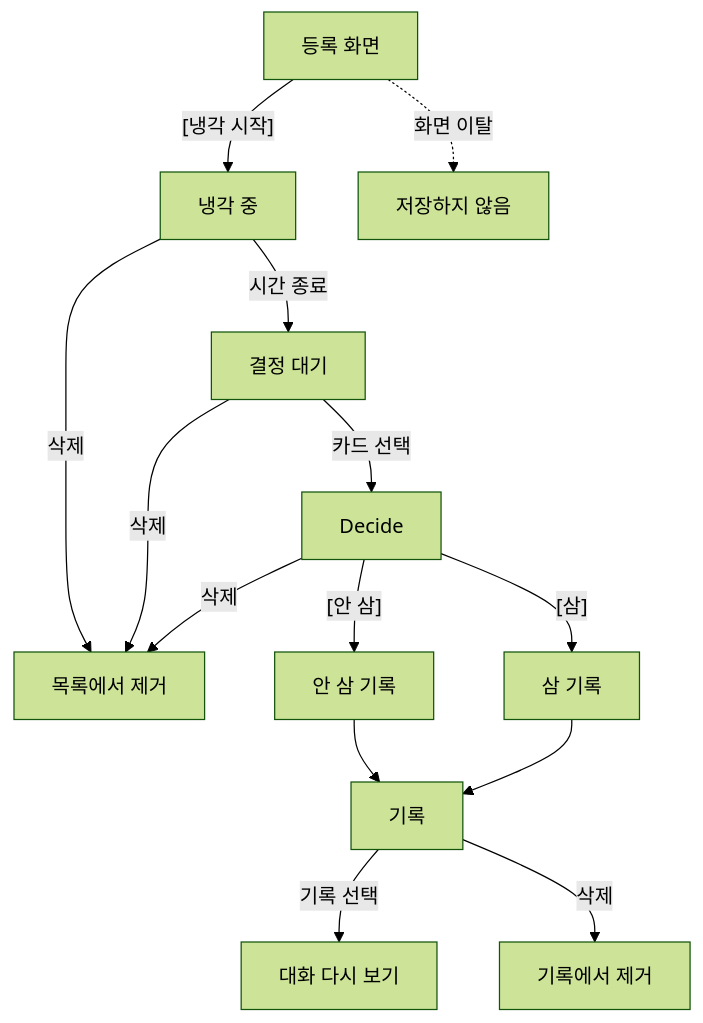
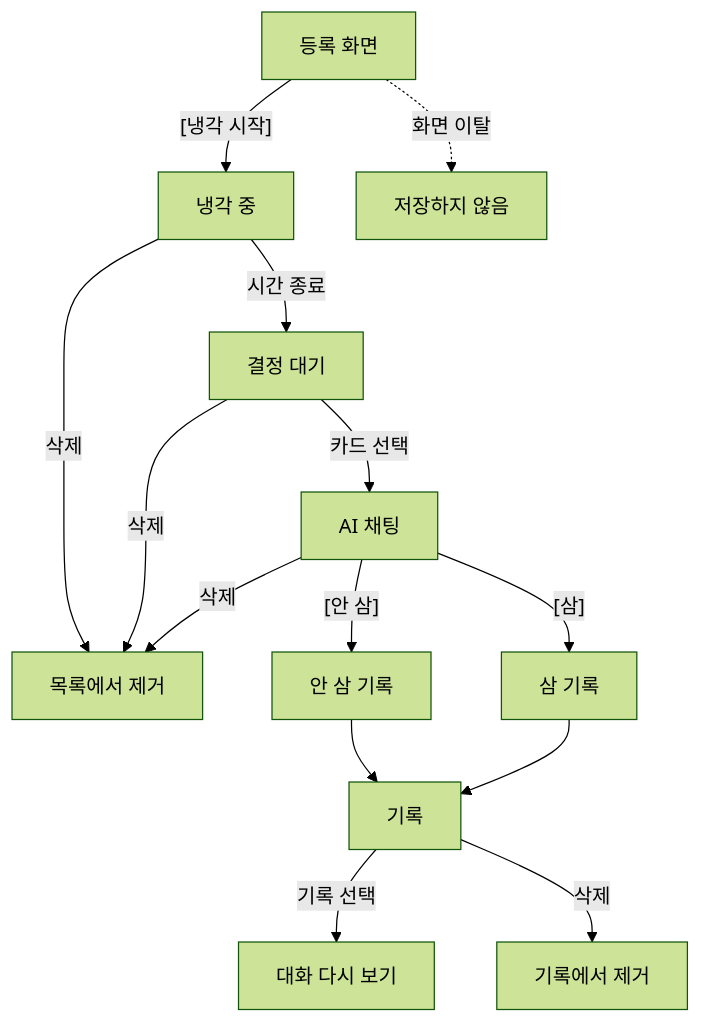
The first of 2 diagrams in docs/design/screen-spec.md (web-ppu/cooling-off), drawn with Mermaid (forest theme) before and after one commit. The commit also changed other lines of this file and 7 other files, not shown here.

````diff
--- a/docs/design/screen-spec.md
+++ b/docs/design/screen-spec.md
@@ -31,20 +31,20 @@
 ```mermaid
 flowchart TD
   Register["등록 화면"] -->|"[냉각 시작]"| Cooling["냉각 중"]
   Register -.->|"화면 이탈"| Unsaved["저장하지 않음"]
 
   Cooling -->|"시간 종료"| Ready["결정 대기"]
   Cooling -->|"삭제"| Removed["목록에서 제거"]
 
-  Ready -->|"카드 선택"| Decide["Decide"]
+  Ready -->|"카드 선택"| AIChat["AI 채팅"]
   Ready -->|"삭제"| Removed
 
-  Decide -->|"[안 삼]"| Passed["안 삼 기록"]
-  Decide -->|"[삼]"| Bought["삼 기록"]
-  Decide -->|"삭제"| Removed
+  AIChat -->|"[안 삼]"| Passed["안 삼 기록"]
+  AIChat -->|"[삼]"| Bought["삼 기록"]
+  AIChat -->|"삭제"| Removed
 
   Passed --> Record["기록"]
   Bought --> Record
   Record -->|"기록 선택"| Review["대화 다시 보기"]
   Record -->|"삭제"| RemovedRecord["기록에서 제거"]
 ```
````
